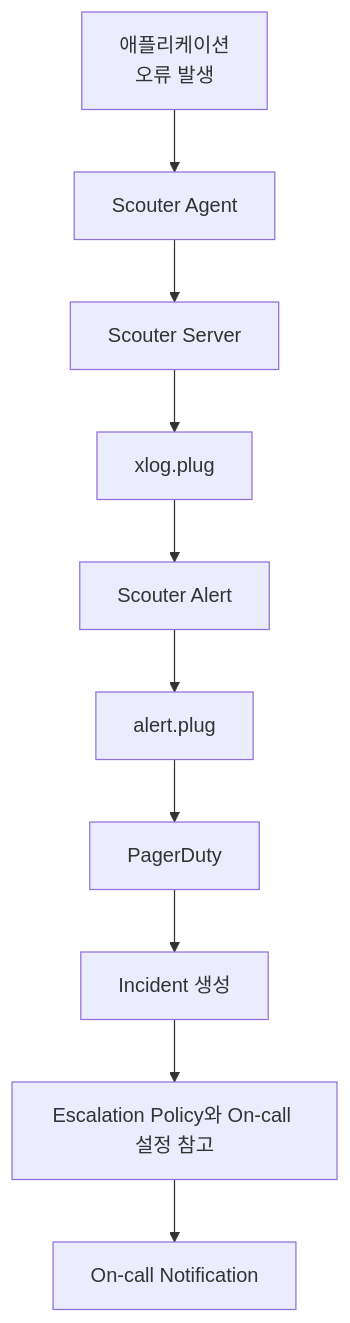
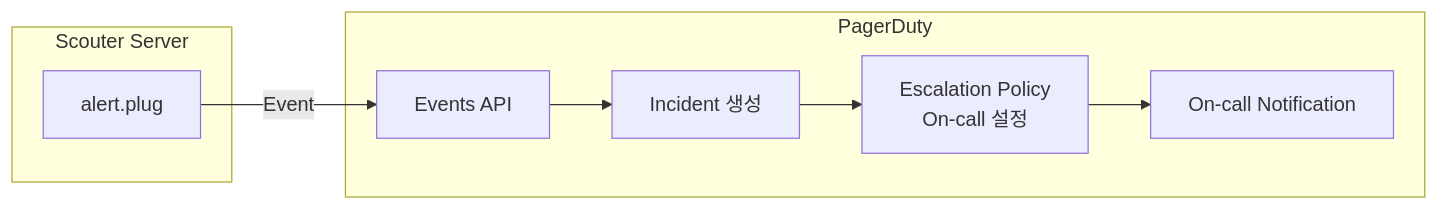
One commit to sanghoon-lee/sanghoon-lee.github.io changed the second of 3 diagrams in _posts/2026-09-27-pagerduty7.md. Above: the diagram before and after it, drawn with Mermaid. The commit also changed other lines of this file, not shown here.

Commit message:
pagerduty 시리즈 마무리

````diff
--- a/_posts/2026-09-27-pagerduty7.md
+++ b/_posts/2026-09-27-pagerduty7.md
@@ -54,21 +54,20 @@
 ```mermaid
-flowchart TD
+flowchart LR
 
-    A["애플리케이션<br/>오류 발생"] --> B["Scouter Agent"]
+    subgraph scouter["Scouter Server"]
+        A["alert.plug"]
+    end
 
-    B --> C["Scouter Server"]
+    subgraph pagerduty["PagerDuty"]
+        B["Events API"]
+        C["Incident 생성"]
+        D["Escalation Policy<br/>On-call 설정"]
+        E["On-call Notification"]
 
-    C --> D["xlog.plug"]
+        B --> C
+        C --> D
+        D --> E
+    end
 
-    D --> E["Scouter Alert"]
-
-    E --> F["alert.plug"]
-
-    F --> G["PagerDuty"]
-
-    G --> H["Incident 생성"]
-
-    H --> I["Escalation Policy와 On-call 설정 참고"]
-
-    I --> J["On-call Notification"]
+    A -- Event --> B
 ```
````
